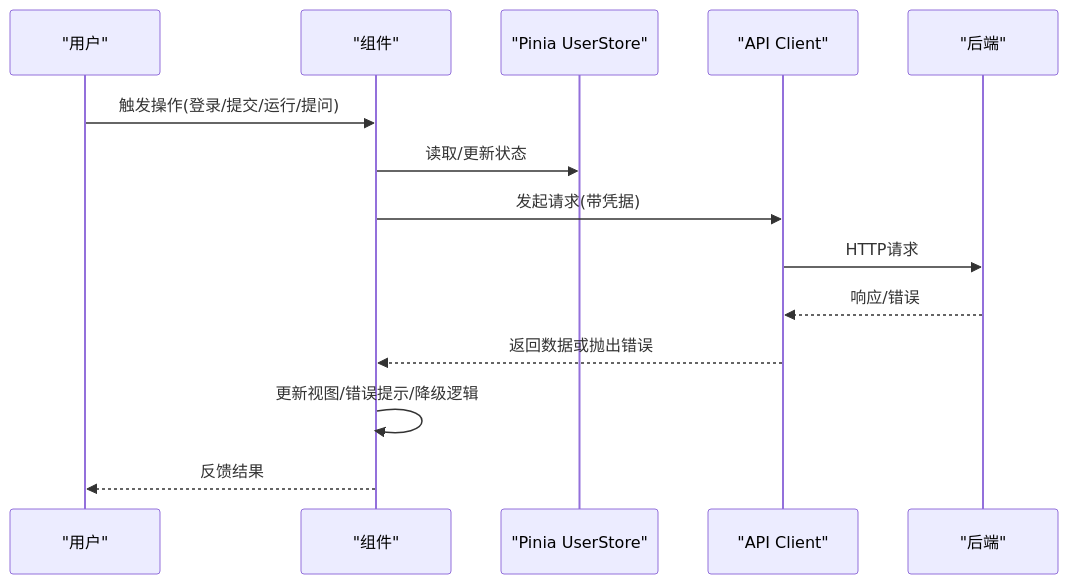
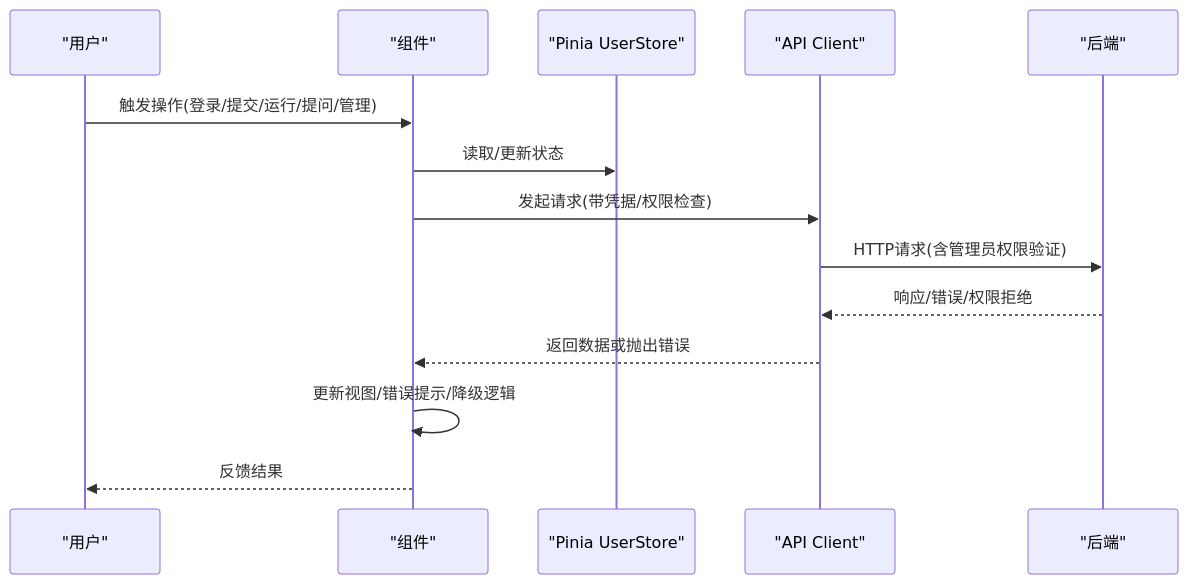
One commit to huangman881112/aiforip changed the second of 11 diagrams in .qoder/repowiki/zh/content/前端组件文档/用户界面组件/用户界面组件.md. Above: the diagram before and after it, drawn with Mermaid. The commit also changed other lines of this file and 98 other files, not shown here.

````diff
--- a/.qoder/repowiki/zh/content/前端组件文档/用户界面组件/用户界面组件.md
+++ b/.qoder/repowiki/zh/content/前端组件文档/用户界面组件/用户界面组件.md
@@ -112,16 +135,16 @@
 ```mermaid
 sequenceDiagram
 participant U as "用户"
 participant C as "组件"
 participant S as "Pinia UserStore"
 participant A as "API Client"
 participant B as "后端"
-U->>C : 触发操作(登录/提交/运行/提问)
+U->>C : 触发操作(登录/提交/运行/提问/管理)
 C->>S : 读取/更新状态
-C->>A : 发起请求(带凭据)
-A->>B : HTTP请求
-B-->>A : 响应/错误
+C->>A : 发起请求(带凭据/权限检查)
+A->>B : HTTP请求(含管理员权限验证)
+B-->>A : 响应/错误/权限拒绝
 A-->>C : 返回数据或抛出错误
 C->>C : 更新视图/错误提示/降级逻辑
 C-->>U : 反馈结果
 ```
````
